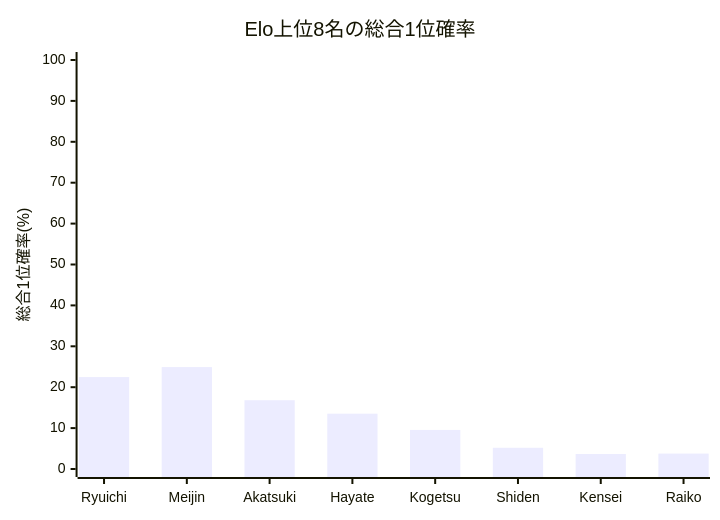
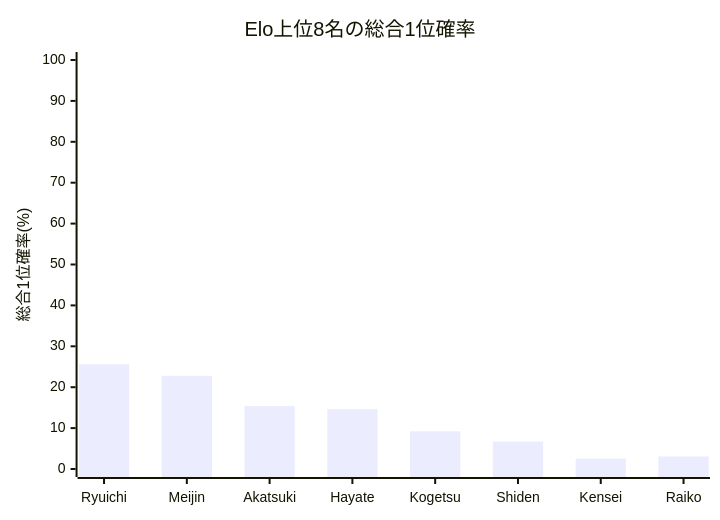
Before and after one commit to muzudho/ShogiTournamentSystemAnalyzer: the second of 2 diagrams in Output/TournamentQualityEvaluator/TournamentQualityReport/Summary/trial_cup_2026_quality_neutral_single200_summary.md, drawn with Mermaid. The commit also changed other lines of this file and 46 other files, not shown here.

````diff
--- a/Output/TournamentQualityEvaluator/TournamentQualityReport/Summary/trial_cup_2026_quality_neutral_single200_summary.md
+++ b/Output/TournamentQualityEvaluator/TournamentQualityReport/Summary/trial_cup_2026_quality_neutral_single200_summary.md
@@ -51,7 +65,7 @@
 ```mermaid
 xychart-beta
     title "Elo上位8名の総合1位確率"
     x-axis ["Ryuichi", "Meijin", "Akatsuki", "Hayate", "Kogetsu", "Shiden", "Kensei", "Raiko"]
     y-axis "総合1位確率(%)" 0 --> 100
-    bar [22.48, 24.92, 16.81, 13.52, 9.55, 5.19, 3.66, 3.77]
+    bar [25.63, 22.78, 15.38, 14.67, 9.21, 6.73, 2.53, 3.06]
 ```
````
